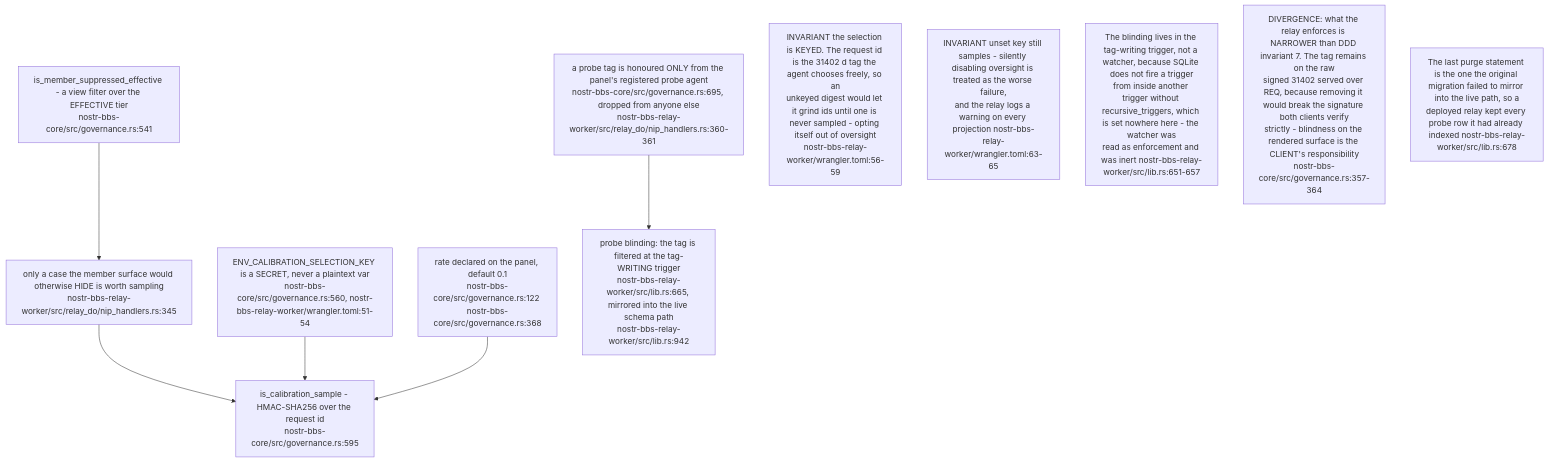
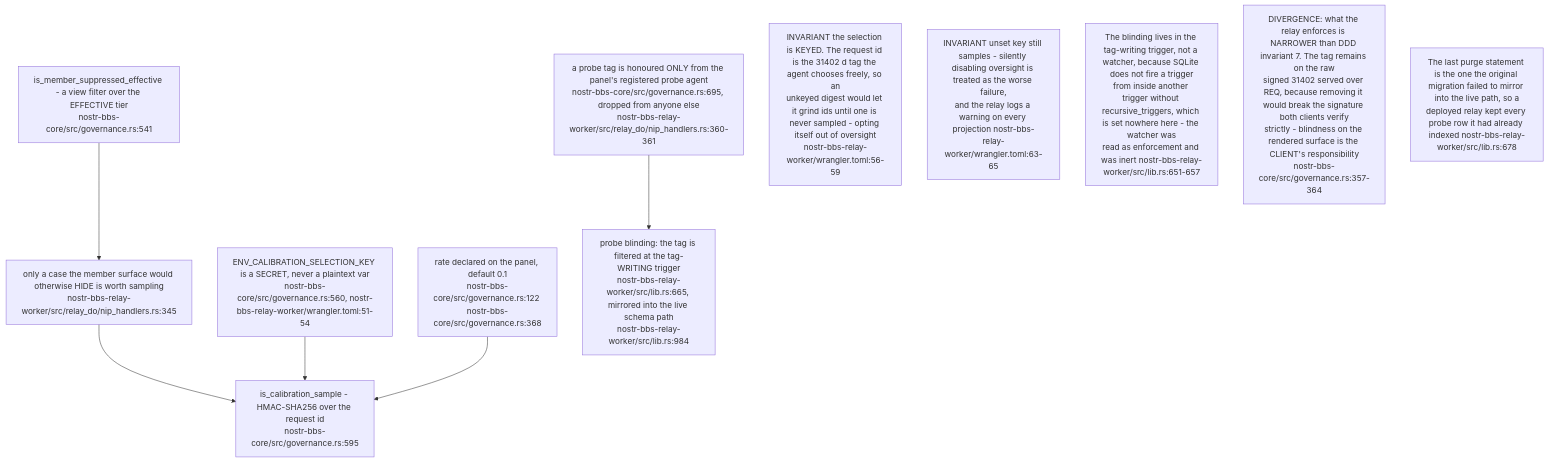
Before and after one commit to DreamLab-AI/VisionFlow: diagram 12 of 16 in docs/diagrams/nostr-rust-forum/06-agent-control-surface-31400-31405.md, drawn with Mermaid. The commit also changed other lines of this file and 26 other files, not shown here.

First line of the commit message:
docs(diagrams): re-verify solid-pod-rs, nostr-rust-forum and visionclaw 22/36 against HEAD

````diff
--- a/docs/diagrams/nostr-rust-forum/06-agent-control-surface-31400-31405.md
+++ b/docs/diagrams/nostr-rust-forum/06-agent-control-surface-31400-31405.md
@@ -340,21 +340,21 @@
 ```mermaid
 flowchart TB
     SUP["is_member_suppressed_effective - a view filter over the EFFECTIVE tier<br/>nostr-bbs-core/src/governance.rs:541"]
     ONLY["only a case the member surface would otherwise HIDE is worth sampling<br/>nostr-bbs-relay-worker/src/relay_do/nip_handlers.rs:345"]
     CAL["is_calibration_sample - HMAC-SHA256 over the request id<br/>nostr-bbs-core/src/governance.rs:595"]
     KEY["ENV_CALIBRATION_SELECTION_KEY is a SECRET, never a plaintext var<br/>nostr-bbs-core/src/governance.rs:560, nostr-bbs-relay-worker/wrangler.toml:51-54"]
     RATE["rate declared on the panel, default 0.1<br/>nostr-bbs-core/src/governance.rs:122 nostr-bbs-core/src/governance.rs:368"]
     PROBE["a probe tag is honoured ONLY from the panel's registered probe agent<br/>nostr-bbs-core/src/governance.rs:695, dropped from anyone else<br/>nostr-bbs-relay-worker/src/relay_do/nip_handlers.rs:360-361"]
-    BLIND["probe blinding: the tag is filtered at the tag-WRITING trigger<br/>nostr-bbs-relay-worker/src/lib.rs:665, mirrored into the live schema path<br/>nostr-bbs-relay-worker/src/lib.rs:942"]
+    BLIND["probe blinding: the tag is filtered at the tag-WRITING trigger<br/>nostr-bbs-relay-worker/src/lib.rs:665, mirrored into the live schema path<br/>nostr-bbs-relay-worker/src/lib.rs:984"]
 
     SUP --> ONLY --> CAL
     KEY --> CAL
     RATE --> CAL
     PROBE --> BLIND
 
     N1["INVARIANT the selection is KEYED. The request id is the 31402 d tag the agent chooses freely, so an<br/>unkeyed digest would let it grind ids until one is never sampled - opting itself out of oversight<br/>nostr-bbs-relay-worker/wrangler.toml:56-59"]
     N2["INVARIANT unset key still samples - silently disabling oversight is treated as the worse failure,<br/>and the relay logs a warning on every projection nostr-bbs-relay-worker/wrangler.toml:63-65"]
     N3["The blinding lives in the tag-writing trigger, not a watcher, because SQLite does not fire a trigger<br/>from inside another trigger without recursive_triggers, which is set nowhere here - the watcher was<br/>read as enforcement and was inert nostr-bbs-relay-worker/src/lib.rs:651-657"]
     N4["DIVERGENCE: what the relay enforces is NARROWER than DDD invariant 7. The tag remains on the raw<br/>signed 31402 served over REQ, because removing it would break the signature both clients verify<br/>strictly - blindness on the rendered surface is the CLIENT's responsibility<br/>nostr-bbs-core/src/governance.rs:357-364"]
     N5["The last purge statement is the one the original migration failed to mirror into the live path, so a<br/>deployed relay kept every probe row it had already indexed nostr-bbs-relay-worker/src/lib.rs:678"]
 ```
````
